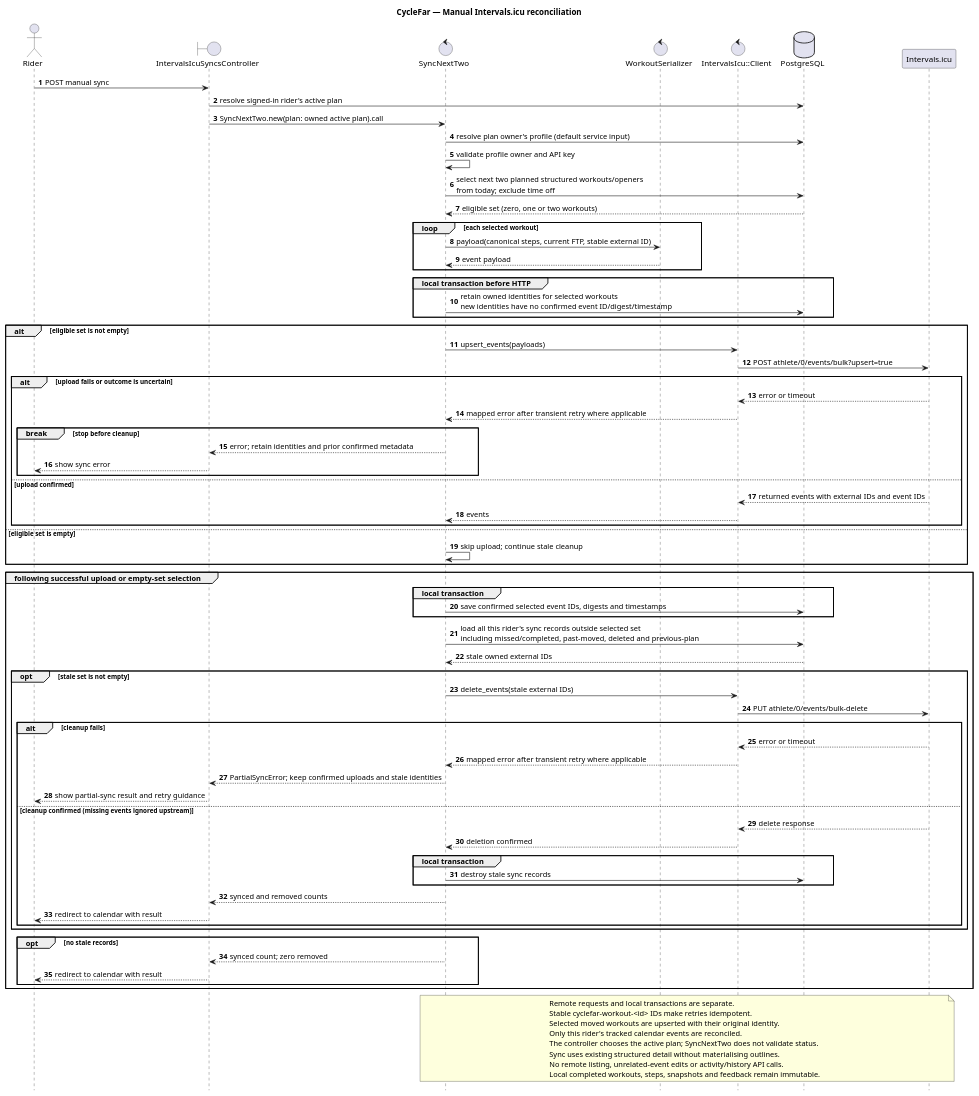
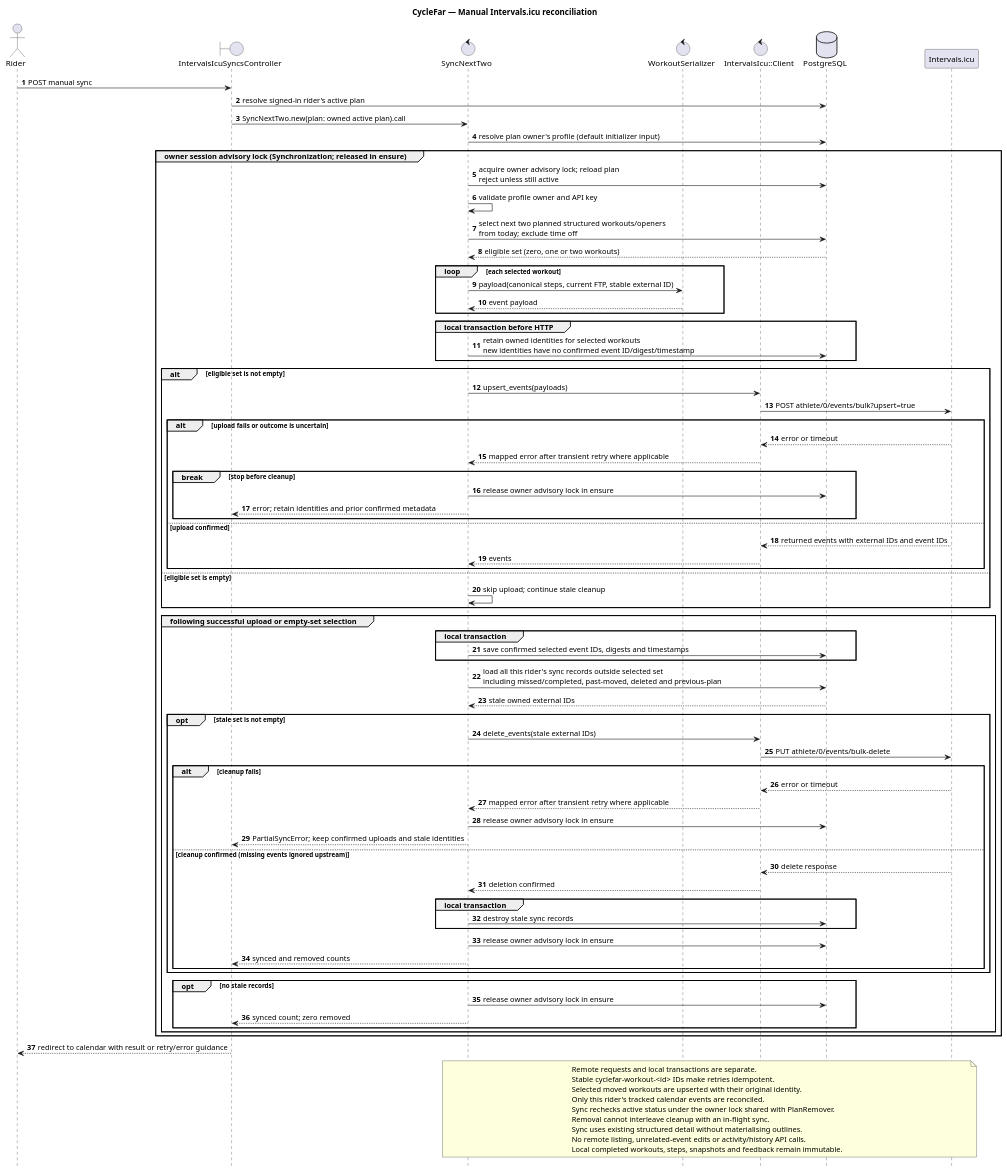
Before and after one commit to richardhartme/cyclefar: the diagram in docs/diagrams/sequence-cyclefar-intervals-icu-sync.puml, drawn with PlantUML. The commit also changed 16 other files, not shown here.

Commit message:
CYF-81 Update workout adjustment documentation and diagrams

```diff
--- a/docs/diagrams/sequence-cyclefar-intervals-icu-sync.puml
+++ b/docs/diagrams/sequence-cyclefar-intervals-icu-sync.puml
@@ -1,88 +1,93 @@
 @startuml
 title CycleFar — Manual Intervals.icu reconciliation
 
 autonumber
 hide footbox
 
 actor Rider
 boundary "IntervalsIcuSyncsController" as Controller
 control "SyncNextTwo" as Sync
 control "WorkoutSerializer" as Serializer
 control "IntervalsIcu::Client" as Client
 database "PostgreSQL" as Database
 participant "Intervals.icu" as Remote
 
 Rider -> Controller: POST manual sync
 Controller -> Database: resolve signed-in rider's active plan
 Controller -> Sync: SyncNextTwo.new(plan: owned active plan).call
-Sync -> Database: resolve plan owner's profile (default service input)
+Sync -> Database: resolve plan owner's profile (default initializer input)
+group owner session advisory lock (Synchronization; released in ensure)
+Sync -> Database: acquire owner advisory lock; reload plan\nreject unless still active
 Sync -> Sync: validate profile owner and API key
 Sync -> Database: select next two planned structured workouts/openers\nfrom today; exclude time off
 Database --> Sync: eligible set (zero, one or two workouts)
 loop each selected workout
   Sync -> Serializer: payload(canonical steps, current FTP, stable external ID)
   Serializer --> Sync: event payload
 end
 group local transaction before HTTP
   Sync -> Database: retain owned identities for selected workouts\nnew identities have no confirmed event ID/digest/timestamp
 end
 
 alt eligible set is not empty
   Sync -> Client: upsert_events(payloads)
   Client -> Remote: POST athlete/0/events/bulk?upsert=true
   alt upload fails or outcome is uncertain
     Remote --> Client: error or timeout
     Client --> Sync: mapped error after transient retry where applicable
     break stop before cleanup
+      Sync -> Database: release owner advisory lock in ensure
       Sync --> Controller: error; retain identities and prior confirmed metadata
-      Controller --> Rider: show sync error
     end
   else upload confirmed
     Remote --> Client: returned events with external IDs and event IDs
     Client --> Sync: events
   end
 else eligible set is empty
   Sync -> Sync: skip upload; continue stale cleanup
 end
 
 group following successful upload or empty-set selection
   group local transaction
     Sync -> Database: save confirmed selected event IDs, digests and timestamps
   end
   Sync -> Database: load all this rider's sync records outside selected set\nincluding missed/completed, past-moved, deleted and previous-plan
   Database --> Sync: stale owned external IDs
   opt stale set is not empty
     Sync -> Client: delete_events(stale external IDs)
     Client -> Remote: PUT athlete/0/events/bulk-delete
     alt cleanup fails
       Remote --> Client: error or timeout
       Client --> Sync: mapped error after transient retry where applicable
+      Sync -> Database: release owner advisory lock in ensure
       Sync --> Controller: PartialSyncError; keep confirmed uploads and stale identities
-      Controller --> Rider: show partial-sync result and retry guidance
     else cleanup confirmed (missing events ignored upstream)
       Remote --> Client: delete response
       Client --> Sync: deletion confirmed
       group local transaction
         Sync -> Database: destroy stale sync records
       end
+      Sync -> Database: release owner advisory lock in ensure
       Sync --> Controller: synced and removed counts
-      Controller --> Rider: redirect to calendar with result
     end
   end
   opt no stale records
+    Sync -> Database: release owner advisory lock in ensure
     Sync --> Controller: synced count; zero removed
-    Controller --> Rider: redirect to calendar with result
   end
 end
+end
+Controller --> Rider: redirect to calendar with result or retry/error guidance
 
 note over Sync, Remote
   Remote requests and local transactions are separate.
   Stable cyclefar-workout-<id> IDs make retries idempotent.
   Selected moved workouts are upserted with their original identity.
   Only this rider's tracked calendar events are reconciled.
-  The controller chooses the active plan; SyncNextTwo does not validate status.
+  Sync rechecks active status under the owner lock shared with PlanRemover.
+  Removal cannot interleave cleanup with an in-flight sync.
   Sync uses existing structured detail without materialising outlines.
   No remote listing, unrelated-event edits or activity/history API calls.
   Local completed workouts, steps, snapshots and feedback remain immutable.
 end note
 @enduml
```
